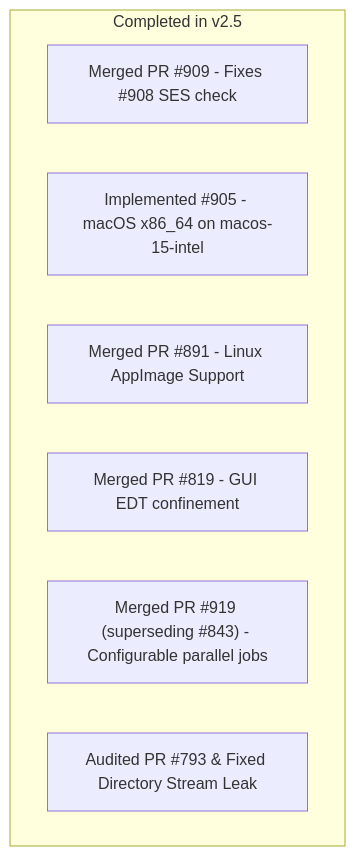
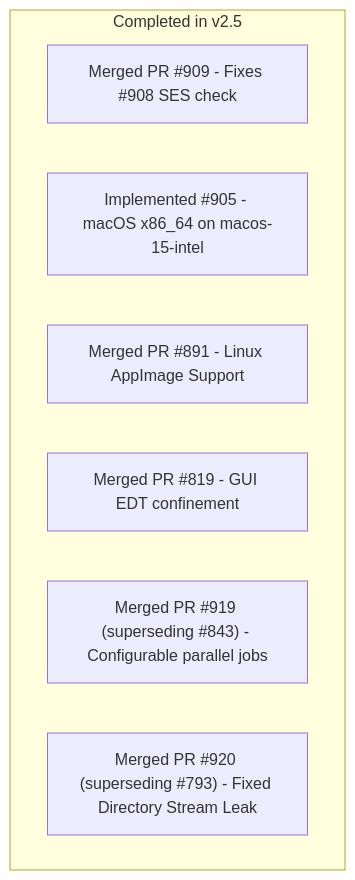
One commit to freerouting/freerouting changed the diagram in docs/research/backlog_triage_and_investigation_notes.md. Above: the diagram before and after it, drawn with Mermaid. The commit also changed other lines of this file and 2 other files, not shown here.

Commit message:
test(management): isolate test user data and verify directory stream release

````diff
--- a/docs/research/backlog_triage_and_investigation_notes.md
+++ b/docs/research/backlog_triage_and_investigation_notes.md
@@ -179,11 +179,11 @@
 ```mermaid
 flowchart TD
     subgraph Done ["Completed in v2.5"]
         A["Merged PR #909 - Fixes #908 SES check"]
         D["Implemented #905 - macOS x86_64 on macos-15-intel"]
         E["Merged PR #891 - Linux AppImage Support"]
         B["Merged PR #819 - GUI EDT confinement"]
         C["Merged PR #919 (superseding #843) - Configurable parallel jobs"]
-        F["Audited PR #793 & Fixed Directory Stream Leak"]
+        F["Merged PR #920 (superseding #793) - Fixed Directory Stream Leak"]
     end
 ```
````
